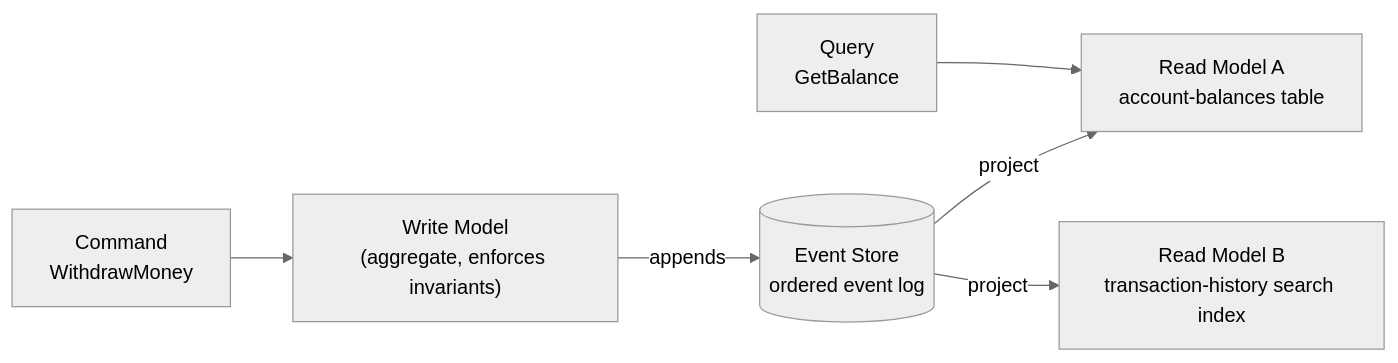
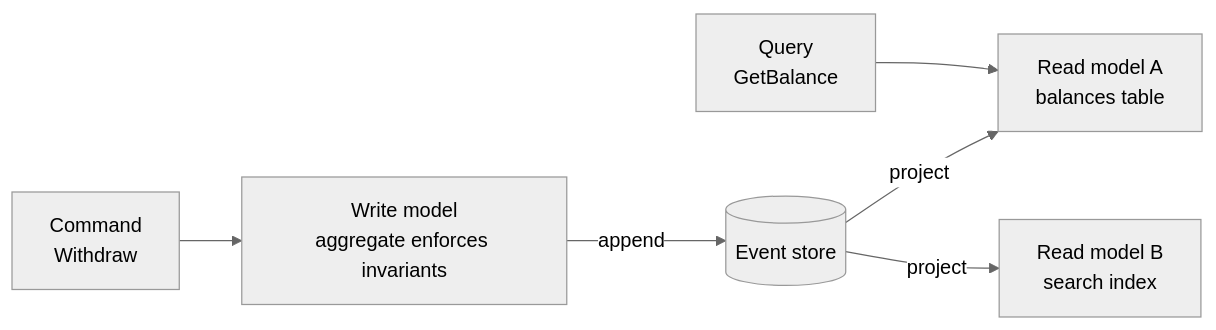
The ninth of 10 diagrams in github-pages/docs/distributed-systems/microservices-and-event-driven.md (AndrewAltimit/Documentation), drawn with Mermaid (neutral theme) before and after one commit. The commit also changed other lines of this file and 240 other files, not shown here.

````diff
--- a/github-pages/docs/distributed-systems/microservices-and-event-driven.md
+++ b/github-pages/docs/distributed-systems/microservices-and-event-driven.md
@@ -426,8 +508,8 @@
 ```mermaid
 flowchart LR
-    Cmd["Command<br/>WithdrawMoney"] --> WM["Write Model<br/>(aggregate, enforces invariants)"]
-    WM -->|appends| ES[("Event Store<br/>ordered event log")]
-    ES -->|project| RM1["Read Model A<br/>account-balances table"]
-    ES -->|project| RM2["Read Model B<br/>transaction-history search index"]
+    Cmd["Command<br/>Withdraw"] --> WM["Write model<br/>aggregate enforces invariants"]
+    WM -->|append| ES[("Event store")]
+    ES -->|project| RM1["Read model A<br/>balances table"]
+    ES -->|project| RM2["Read model B<br/>search index"]
     Query["Query<br/>GetBalance"] --> RM1
 ```
````
